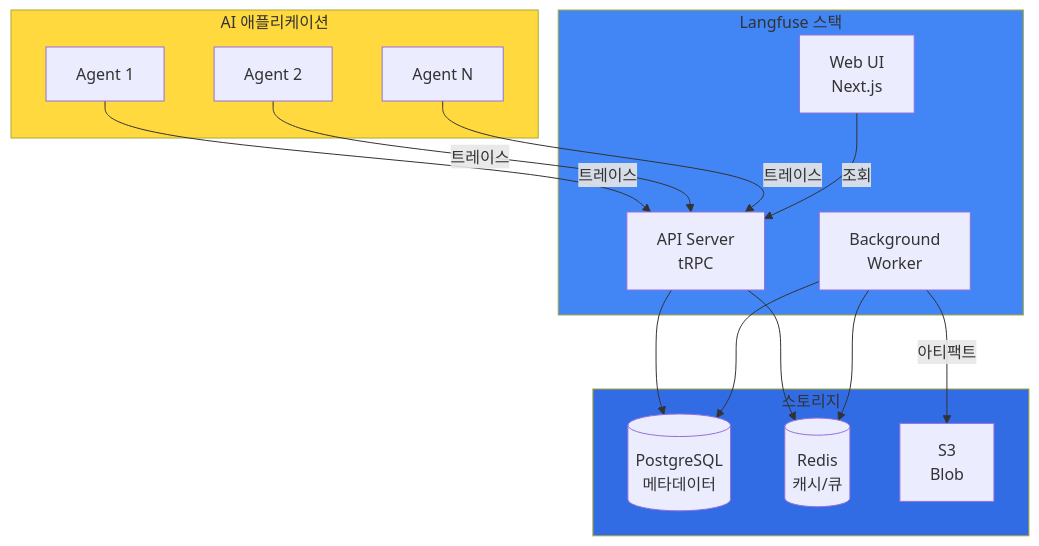
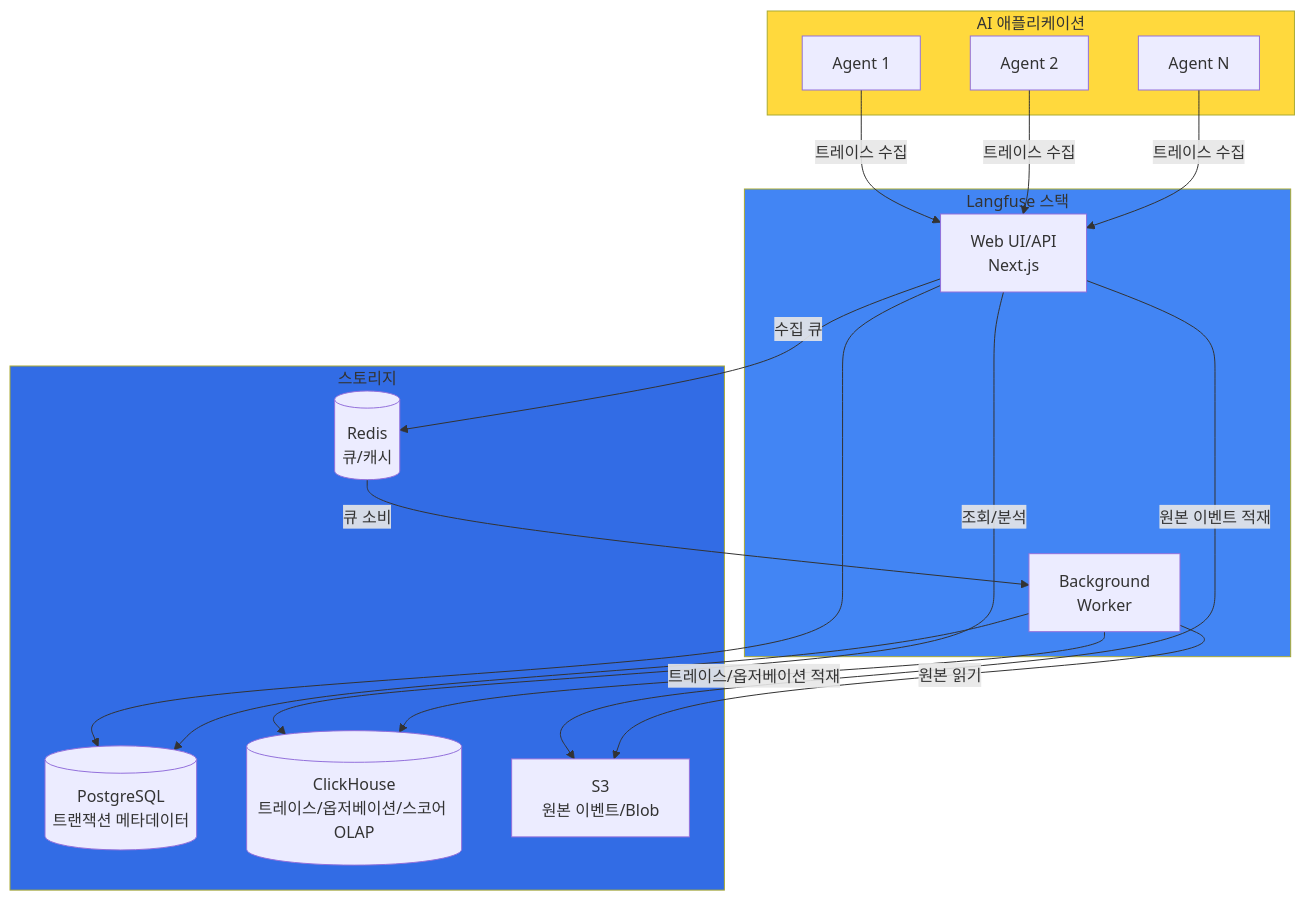
One commit to devfloor9/engineering-playbook changed the first of 4 diagrams in i18n/ko/docusaurus-plugin-content-docs/current/agentic-ai-platform/operations-mlops/observability/agent-monitoring.md. Above: the diagram before and after it, drawn with Mermaid. The commit also changed other lines of this file and 13 other files, not shown here.

````diff
--- a/i18n/ko/docusaurus-plugin-content-docs/current/agentic-ai-platform/operations-mlops/observability/agent-monitoring.md
+++ b/i18n/ko/docusaurus-plugin-content-docs/current/agentic-ai-platform/operations-mlops/observability/agent-monitoring.md
@@ -63,34 +63,38 @@
 ```mermaid
 flowchart TB
     subgraph Clients["AI 애플리케이션"]
         AGENT1[Agent 1]
         AGENT2[Agent 2]
         AGENTN[Agent N]
     end
 
     subgraph Langfuse["Langfuse 스택"]
-        WEB[Web UI<br/>Next.js]
-        API[API Server<br/>tRPC]
+        WEB[Web UI/API<br/>Next.js]
         WORKER[Background<br/>Worker]
     end
 
     subgraph Storage["스토리지"]
-        PG[(PostgreSQL<br/>메타데이터)]
-        REDIS[(Redis<br/>캐시/큐)]
-        S3[S3<br/>Blob]
+        PG[(PostgreSQL<br/>트랜잭션 메타데이터)]
+        CH[(ClickHouse<br/>트레이스/옵저베이션/스코어 OLAP)]
+        REDIS[(Redis<br/>큐/캐시)]
+        S3[S3<br/>원본 이벤트/Blob]
     end
 
-    AGENT1 -->|트레이스| API
-    AGENT2 -->|트레이스| API
-    AGENTN -->|트레이스| API
-    WEB -->|조회| API
-    API --> PG
-    API --> REDIS
+    AGENT1 -->|트레이스 수집| WEB
+    AGENT2 -->|트레이스 수집| WEB
+    AGENTN -->|트레이스 수집| WEB
+
+    WEB -->|원본 이벤트 적재| S3
+    WEB -->|수집 큐| REDIS
+    WEB --> PG
+    WEB -->|조회/분석| CH
+
+    REDIS -->|큐 소비| WORKER
+    WORKER -->|원본 읽기| S3
+    WORKER -->|트레이스/옵저베이션 적재| CH
     WORKER --> PG
-    WORKER --> REDIS
-    WORKER -->|아티팩트| S3
 
     style Clients fill:#ffd93d
     style Langfuse fill:#4285f4
     style Storage fill:#326ce5
 ```
````
